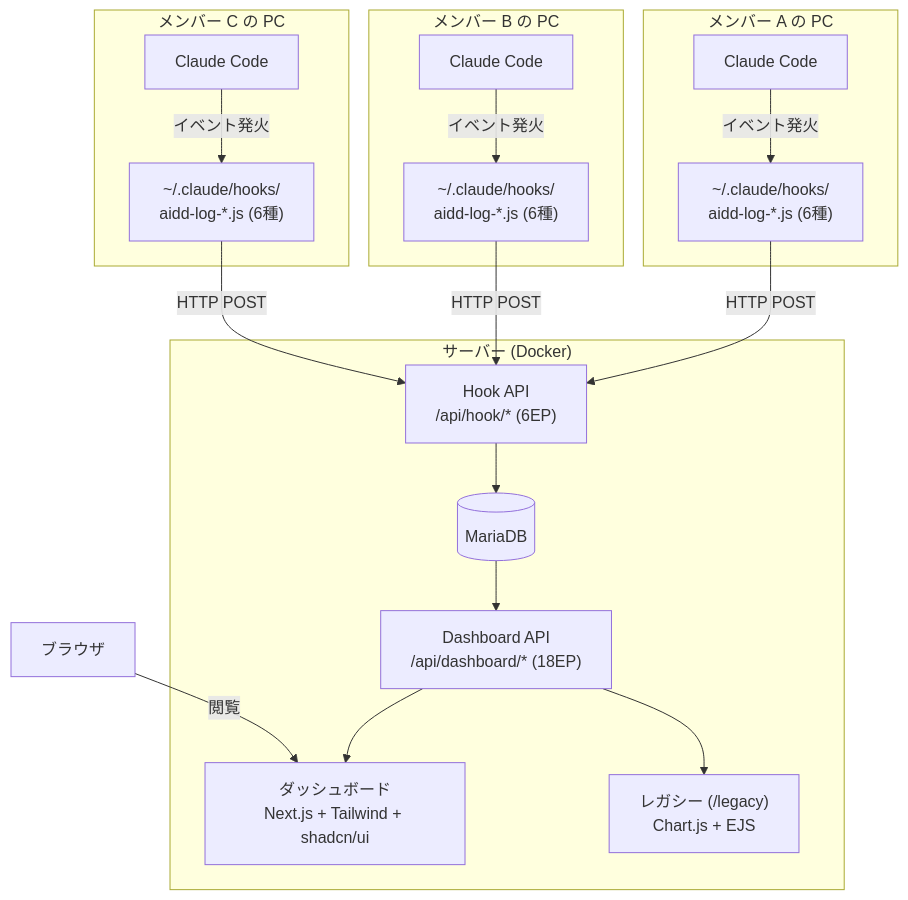
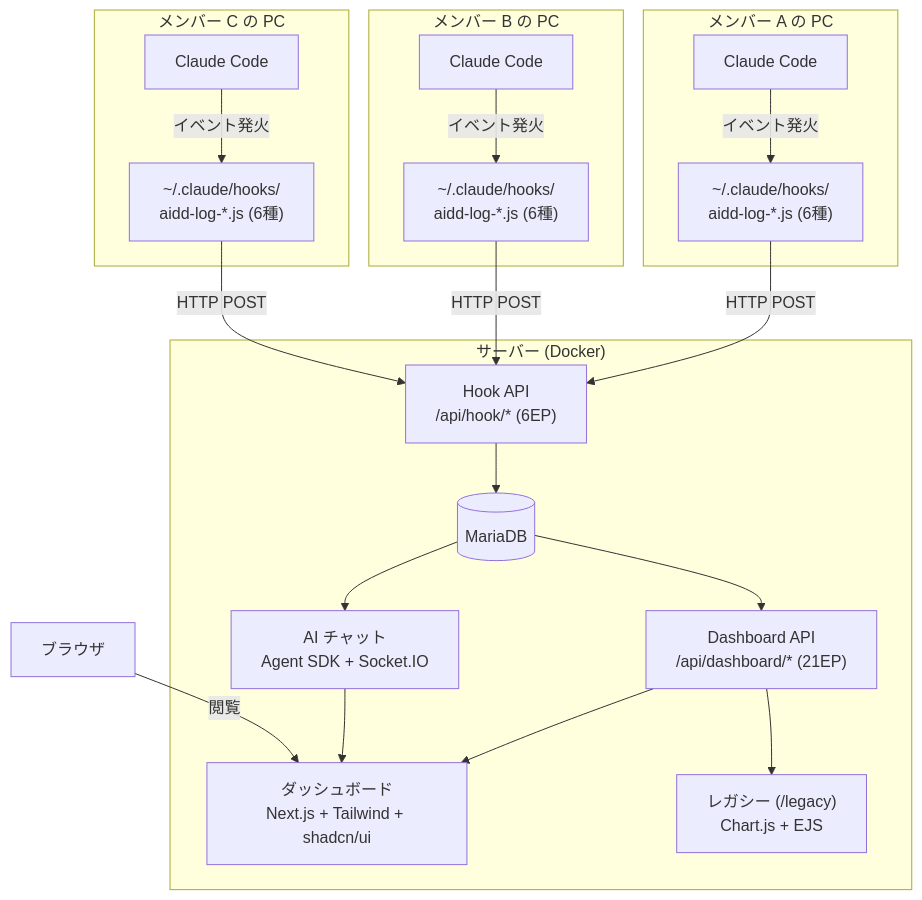
The first of 4 diagrams in README.md (thirai-classlab/claude-activity-tracker), drawn with Mermaid before and after one commit. The commit also changed other lines of this file and 175 other files, not shown here.

````diff
--- a/README.md
+++ b/README.md
@@ -30,28 +31,30 @@
 ```mermaid
 graph TB
     subgraph "メンバー A の PC"
         CC_A[Claude Code] -->|イベント発火| H_A["~/.claude/hooks/<br/>aidd-log-*.js (6種)"]
     end
 
     subgraph "メンバー B の PC"
         CC_B[Claude Code] -->|イベント発火| H_B["~/.claude/hooks/<br/>aidd-log-*.js (6種)"]
     end
 
     subgraph "メンバー C の PC"
         CC_C[Claude Code] -->|イベント発火| H_C["~/.claude/hooks/<br/>aidd-log-*.js (6種)"]
     end
 
     H_A -->|HTTP POST| API
     H_B -->|HTTP POST| API
     H_C -->|HTTP POST| API
 
     subgraph "サーバー (Docker)"
         API["Hook API<br/>/api/hook/* (6EP)"]
         API --> DB[(MariaDB)]
-        DB --> DASH_API["Dashboard API<br/>/api/dashboard/* (18EP)"]
+        DB --> DASH_API["Dashboard API<br/>/api/dashboard/* (21EP)"]
         DASH_API --> DASH["ダッシュボード<br/>Next.js + Tailwind + shadcn/ui"]
         DASH_API --> LEGACY["レガシー (/legacy)<br/>Chart.js + EJS"]
+        DB --> AI["AI チャット<br/>Agent SDK + Socket.IO"]
+        AI --> DASH
     end
 
     BROWSER[ブラウザ] -->|閲覧| DASH
 ```
````
